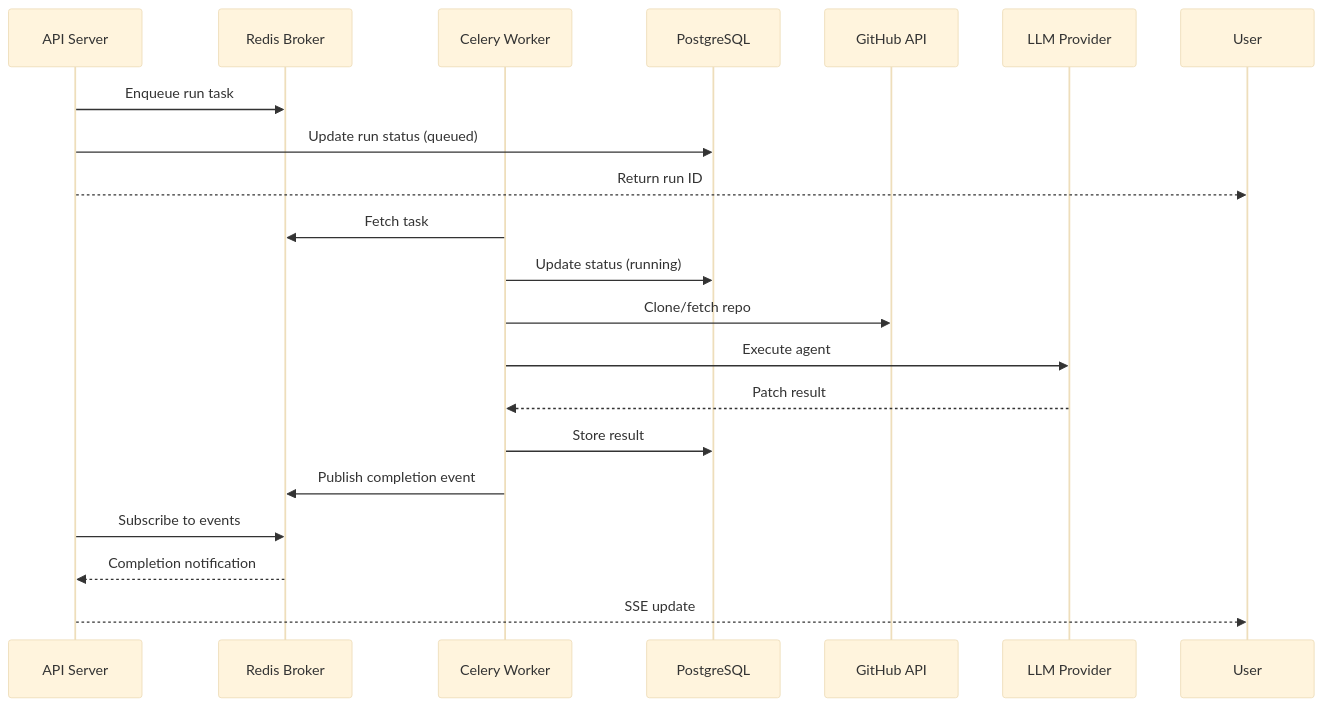
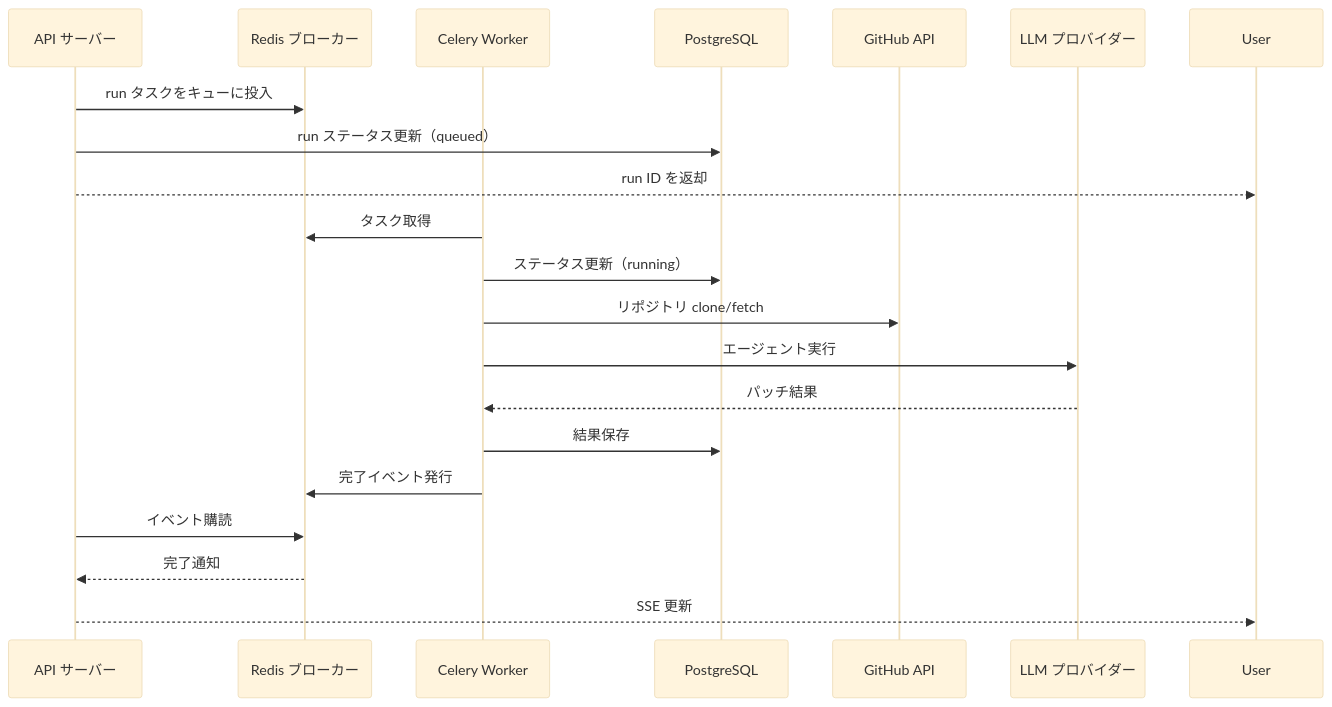
The eighth of 16 diagrams in docs/azure_host_design.md (hampen2929/zloth), drawn with Mermaid (base theme) before and after one commit. The commit also changed other lines of this file, not shown here.

````diff
--- a/docs/azure_host_design.md
+++ b/docs/azure_host_design.md
@@ -295,25 +571,25 @@
 ```mermaid
 sequenceDiagram
-    participant API as API Server
-    participant Redis as Redis Broker
+    participant API as API サーバー
+    participant Redis as Redis ブローカー
     participant Worker as Celery Worker
     participant DB as PostgreSQL
     participant GitHub as GitHub API
-    participant LLM as LLM Provider
+    participant LLM as LLM プロバイダー
 
-    API->>Redis: Enqueue run task
-    API->>DB: Update run status (queued)
-    API-->>User: Return run ID
+    API->>Redis: run タスクをキューに投入
+    API->>DB: run ステータス更新（queued）
+    API-->>User: run ID を返却
 
-    Worker->>Redis: Fetch task
-    Worker->>DB: Update status (running)
-    Worker->>GitHub: Clone/fetch repo
-    Worker->>LLM: Execute agent
-    LLM-->>Worker: Patch result
-    Worker->>DB: Store result
-    Worker->>Redis: Publish completion event
+    Worker->>Redis: タスク取得
+    Worker->>DB: ステータス更新（running）
+    Worker->>GitHub: リポジトリ clone/fetch
+    Worker->>LLM: エージェント実行
+    LLM-->>Worker: パッチ結果
+    Worker->>DB: 結果保存
+    Worker->>Redis: 完了イベント発行
 
-    API->>Redis: Subscribe to events
-    Redis-->>API: Completion notification
-    API-->>User: SSE update
+    API->>Redis: イベント購読
+    Redis-->>API: 完了通知
+    API-->>User: SSE 更新
 ```
````
